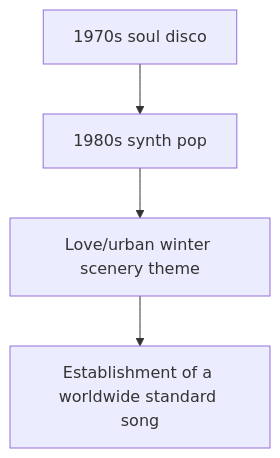
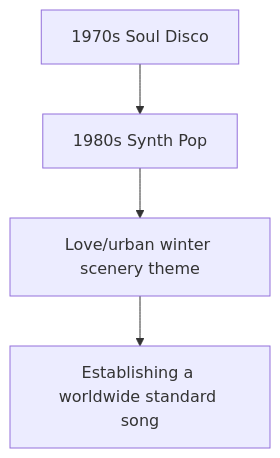
The fourth of 6 diagrams in en/_posts/2025-11-16-column-christmas-songs-history.md (monumental-movement/monumental-movement.github.io), drawn with Mermaid before and after one commit. The commit also changed other lines of this file and 375 other files, not shown here.

```diff
--- a/en/_posts/2025-11-16-column-christmas-songs-history.md
+++ b/en/_posts/2025-11-16-column-christmas-songs-history.md
@@ -148,8 +148,6 @@
 <div class="mermaid">
-
-graph TD
-A[1970s soul disco] --> B[1980s synth pop]
-B --> C[Love/urban winter scenery theme]
-C --> D[Establishment of a worldwide standard song]
-
+flowchart TD
+    A["1970s Soul Disco"] --> B["1980s Synth Pop"]
+    B --> C["Love/urban winter scenery theme"]
+    C --> D["Establishing a worldwide standard song"]
 </div>
```
